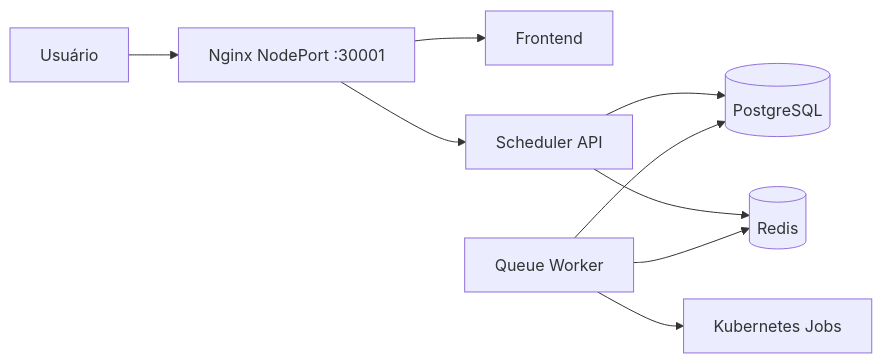
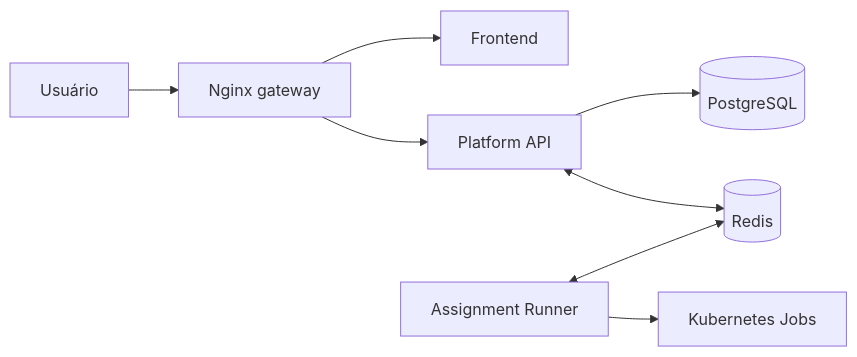
One commit to COCSI-MG/eevee changed the diagram in docs/infrastructure.md. Above: the diagram before and after it, drawn with Mermaid. The commit also changed other lines of this file and 24 other files, not shown here.

````diff
--- a/docs/infrastructure.md
+++ b/docs/infrastructure.md
@@ -40,11 +37,10 @@
 ```mermaid
 flowchart LR
-    EXT[Usuário] --> GW[Nginx NodePort :30001]
+    EXT[Usuário] --> GW[Nginx gateway]
     GW --> F[Frontend]
-    GW --> A[Scheduler API]
+    GW --> A[Platform API]
     A --> P[(PostgreSQL)]
-    A --> R[(Redis)]
-    Q[Queue Worker] --> R
-    Q --> P
-    Q --> J[Kubernetes Jobs]
+    A <--> R[(Redis)]
+    AR[Assignment Runner] <--> R
+    AR --> J[Kubernetes Jobs]
 ```
````
